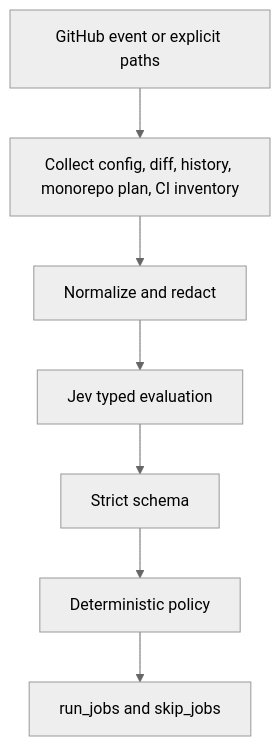
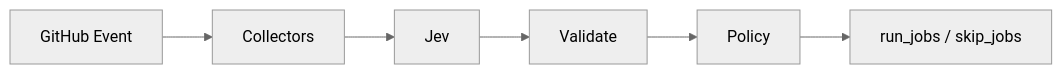
Before and after one commit to JevForge/jev-ci-pathfinder: the diagram in README.md, drawn with Mermaid (neutral theme). The commit also changed other lines of this file and 11 other files, not shown here.

````diff
--- a/README.md
+++ b/README.md
@@ -11,9 +47,8 @@
 ```mermaid
-flowchart TD
-  event[GitHub event or explicit paths] --> collect[Collect config, diff, history, monorepo plan, CI inventory]
-  collect --> redact[Normalize and redact]
-  redact --> jev[Jev typed evaluation]
-  jev --> schema[Strict schema]
-  schema --> policy[Deterministic policy]
-  policy --> outputs[run_jobs and skip_jobs]
+flowchart LR
+  A[GitHub Event] --> B[Collectors]
+  B --> C[Jev]
+  C --> D[Validate]
+  D --> E[Policy]
+  E --> F[run_jobs / skip_jobs]
 ```
````
